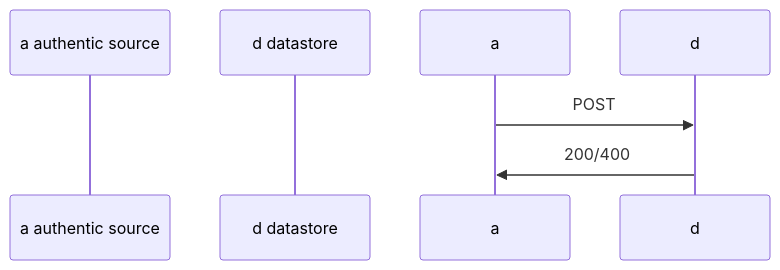
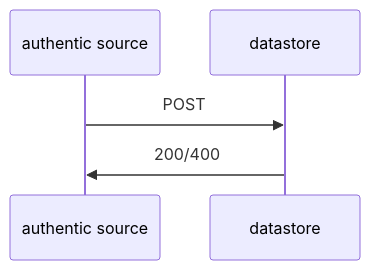
The second of 8 diagrams in standards/apiv21.md (dc4eu/vc), drawn with Mermaid before and after one commit. The commit also changed other lines of this file, not shown here.

````diff
--- a/standards/apiv21.md
+++ b/standards/apiv21.md
@@ -103,7 +103,5 @@
 ```mermaid
 sequenceDiagram;
-    participant a authentic source
-    participant d datastore
-    a->>d: POST;
-    d->>a: 200/400 ; 
+    authentic source->>datastore: POST;
+    datastore->>authentic source: 200/400 ; 
 ```
````
